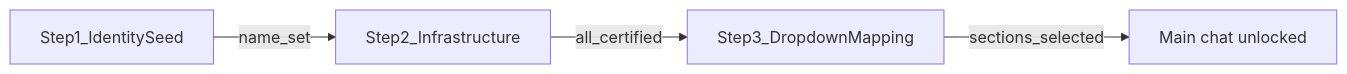
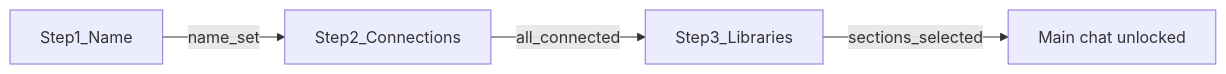
The diagram in docs/ONBOARDING.md (romwil/curatorx), drawn with Mermaid before and after one commit. The commit also changed other lines of this file and 23 other files, not shown here.

````diff
--- a/docs/ONBOARDING.md
+++ b/docs/ONBOARDING.md
@@ -11,6 +11,6 @@
 ```mermaid
 flowchart LR
-  S1[Step1_IdentitySeed] -->|name_set| S2[Step2_Infrastructure]
-  S2 -->|all_certified| S3[Step3_DropdownMapping]
+  S1[Step1_Name] -->|name_set| S2[Step2_Connections]
+  S2 -->|all_connected| S3[Step3_Libraries]
   S3 -->|sections_selected| Chat[Main chat unlocked]
 ```
````
